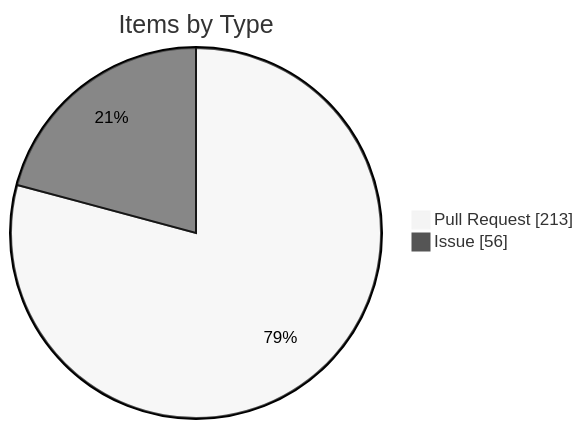
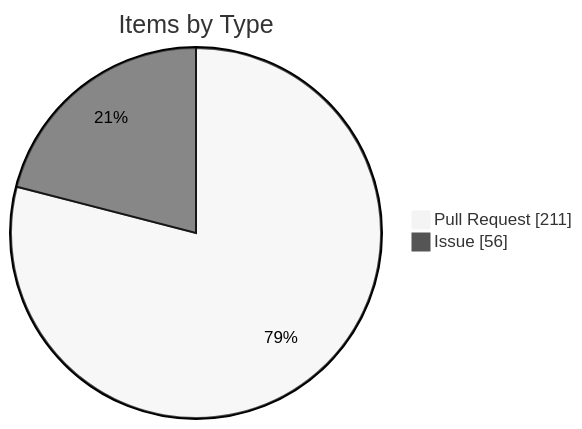
One commit to KBVE/kbve changed the fourth of 4 diagrams in apps/kbve/astro-kbve/src/content/docs/dashboard/kanban-data.mdx. Above: the diagram before and after it, drawn with Mermaid (neutral theme). The commit also changed other lines of this file and 8 other files, not shown here.

````diff
--- a/apps/kbve/astro-kbve/src/content/docs/dashboard/kanban-data.mdx
+++ b/apps/kbve/astro-kbve/src/content/docs/dashboard/kanban-data.mdx
@@ -116,6 +116,6 @@
 ```mermaid
 pie showData
     title Items by Type
-    "Pull Request" : 213
+    "Pull Request" : 211
     "Issue" : 56
 ```
````
